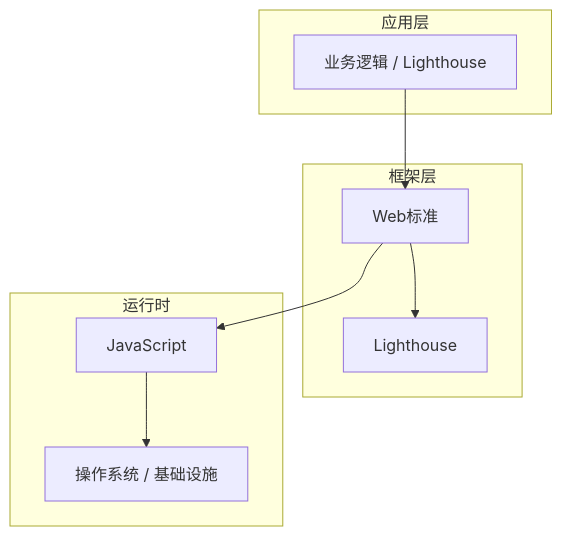
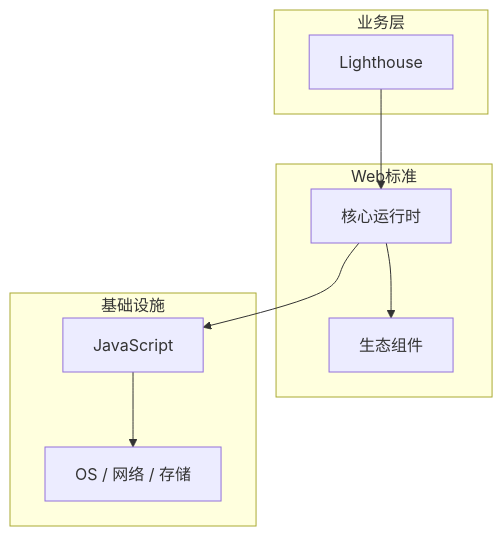
The diagram in articles/Web性能优化/chapters/091-Lighthouse核心概念与原理.md (yanggan2015/knowledge-json-v2), drawn with Mermaid before and after one commit. The commit also changed other lines of this file and 10127 other files, not shown here.

````diff
--- a/articles/Web性能优化/chapters/091-Lighthouse核心概念与原理.md
+++ b/articles/Web性能优化/chapters/091-Lighthouse核心概念与原理.md
@@ -45,18 +34,18 @@
 ```mermaid
 graph TB
-    subgraph 应用层
-        A[业务逻辑 / Lighthouse]
+    subgraph 业务层
+        A[Lighthouse]
     end
-    subgraph 框架层
-        B[Web标准]
-        C[Lighthouse]
+    subgraph Web标准
+        B[核心运行时]
+        C[生态组件]
     end
-    subgraph 运行时
+    subgraph 基础设施
         D[JavaScript]
-        E[操作系统 / 基础设施]
+        E[OS / 网络 / 存储]
     end
     A --> B
     B --> C
     B --> D
     D --> E
 ```
````
